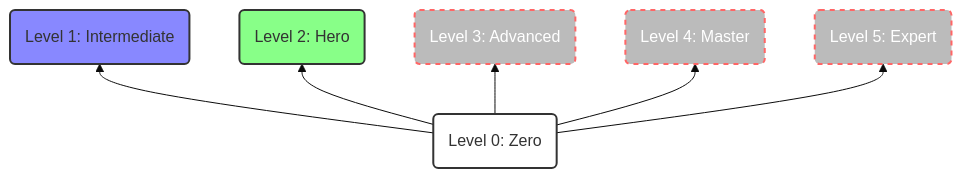
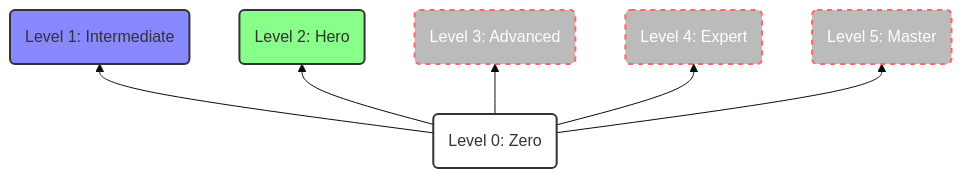
Before and after one commit to afondiel/computer-vision-challenge: the second of 2 diagrams in README.md, drawn with Mermaid (base theme). The commit also changed other lines of this file, not shown here.

````diff
--- a/README.md
+++ b/README.md
@@ -121,16 +121,16 @@
 ```mermaid
     flowchart BT
         A(Level 0: Zero) --> B(Level 1: Intermediate)
         A --> C(Level 2: Hero)
         A --> D(Level 3: Advanced)
-        A --> E(Level 4: Master)
-        A --> F(Level 5: Expert)
+        A --> E(Level 4: Expert)
+        A --> F(Level 5: Master)
         
         style A fill:#fff,stroke:#333,stroke-width:2px
         style B fill:#88f,stroke:#333,stroke-width:2px
         style C fill:#8f8,stroke:#333,stroke-width:2px
         style D fill:#bbb,stroke:#f66,stroke-width:2px,color:#fff,stroke-dasharray: 5 5
         style E fill:#bbb,stroke:#f66,stroke-width:2px,color:#fff,stroke-dasharray: 5 5
         style F fill:#bbb,stroke:#f66,stroke-width:2px,color:#fff,stroke-dasharray: 5 5
 
 ``` 
````
